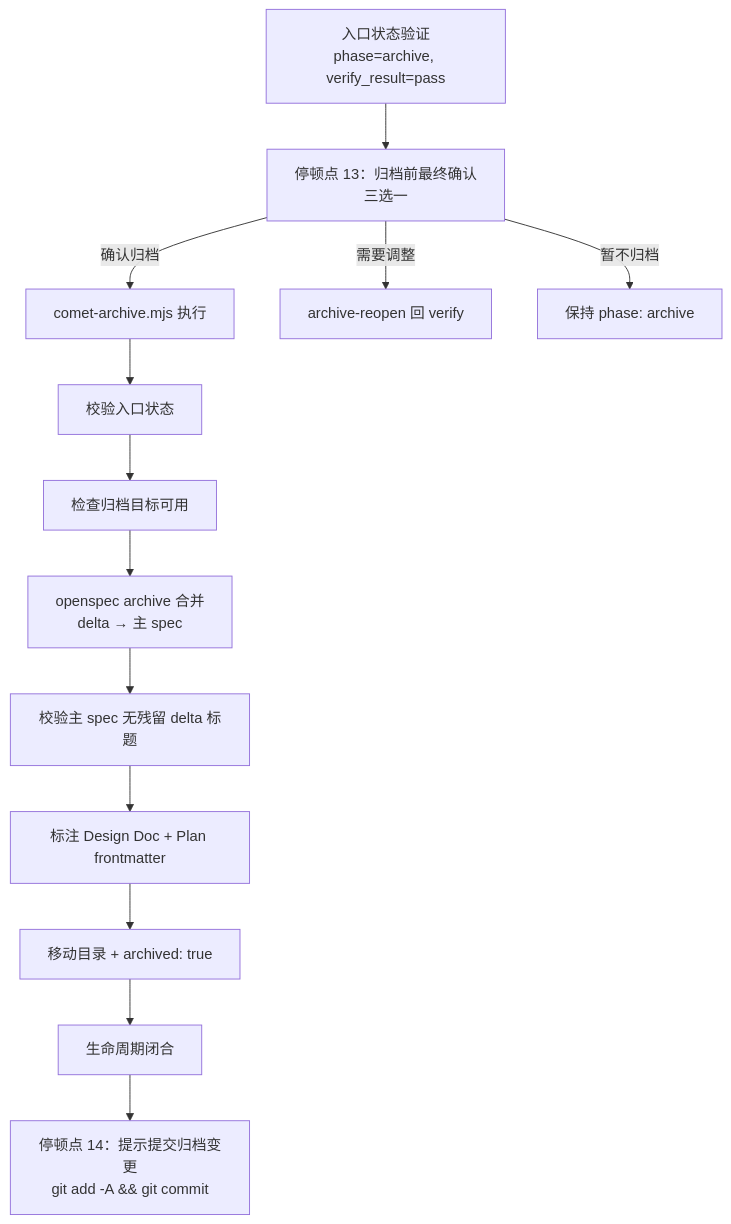
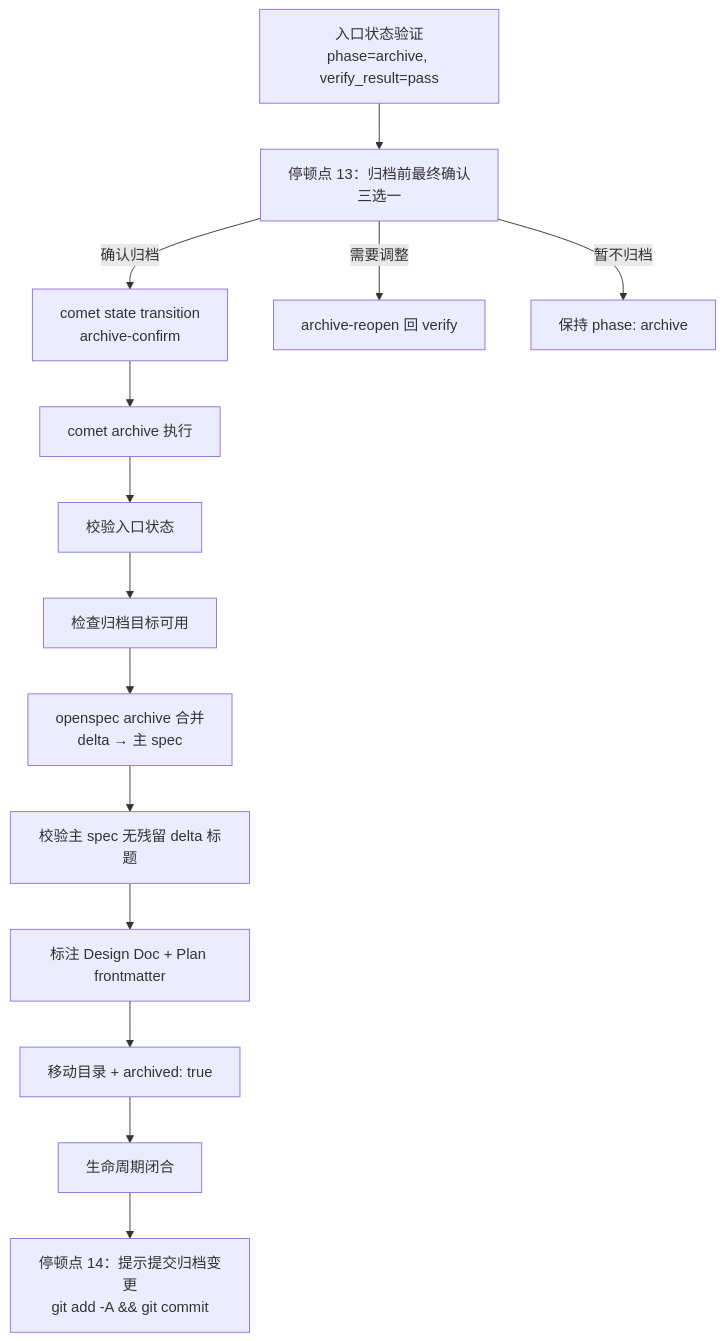
One commit to rpamis/comet-website-docs changed the diagram in zh/phases/archive.mdx. Above: the diagram before and after it, drawn with Mermaid. The commit also changed other lines of this file and 46 other files, not shown here.

````diff
--- a/zh/phases/archive.mdx
+++ b/zh/phases/archive.mdx
@@ -35,15 +35,16 @@
 ```mermaid
 flowchart TD
     Entry["入口状态验证<br/>phase=archive, verify_result=pass"] --> Stop1["停顿点 13：归档前最终确认<br/>三选一"]
-    Stop1 -->|确认归档| Run["comet-archive.mjs 执行"]
+    Stop1 -->|确认归档| Confirm["comet state transition<br/>archive-confirm"]
+    Confirm --> Run["comet archive 执行"]
     Stop1 -->|需要调整| Reopen["archive-reopen 回 verify"]
     Stop1 -->|暂不归档| Keep["保持 phase: archive"]
     Run --> S1["校验入口状态"]
     S1 --> S2["检查归档目标可用"]
     S2 --> S3["openspec archive 合并<br/>delta → 主 spec"]
     S3 --> S4["校验主 spec 无残留 delta 标题"]
     S4 --> S5["标注 Design Doc + Plan frontmatter"]
     S5 --> S6["移动目录 + archived: true"]
     S6 --> Done["生命周期闭合"]
     Done --> Commit["停顿点 14：提示提交归档变更<br/>git add -A && git commit"]
 ```
````
